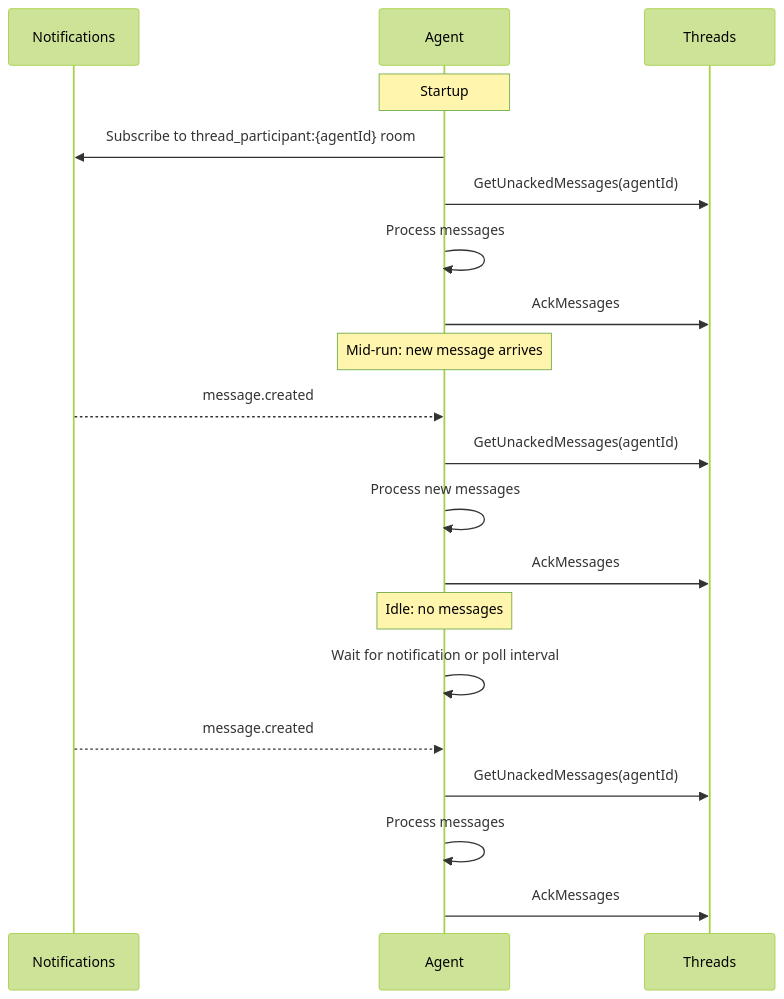
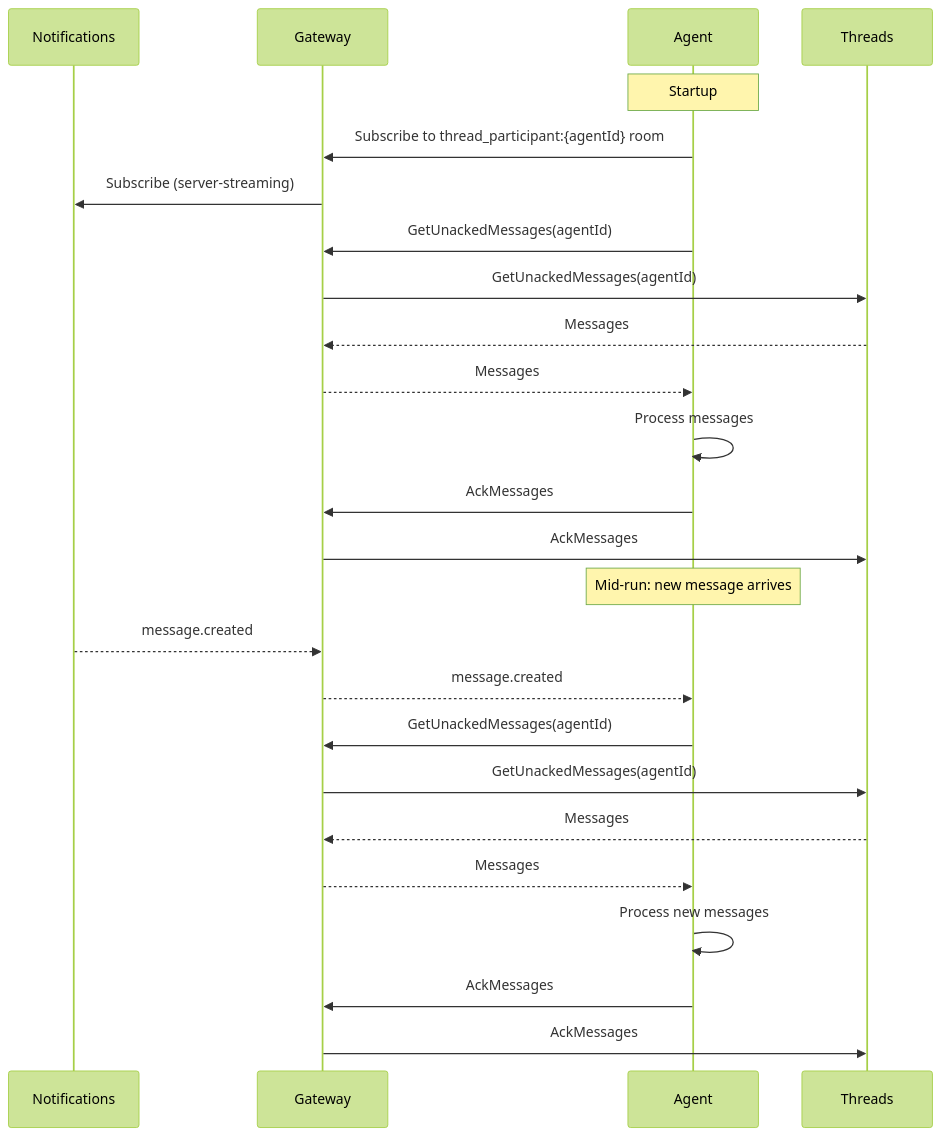
Before and after one commit to agynio/architecture: the second of 4 diagrams in architecture/agent/overview.md, drawn with Mermaid (forest theme). The commit also changed other lines of this file and 5 other files, not shown here.

````diff
--- a/architecture/agent/overview.md
+++ b/architecture/agent/overview.md
@@ -54,25 +54,29 @@
 ```mermaid
 sequenceDiagram
     participant N as Notifications
+    participant GW as Gateway
     participant A as Agent
     participant T as Threads
 
     Note over A: Startup
-    A->>N: Subscribe to thread_participant:{agentId} room
-    A->>T: GetUnackedMessages(agentId)
+    A->>GW: Subscribe to thread_participant:{agentId} room
+    GW->>N: Subscribe (server-streaming)
+    A->>GW: GetUnackedMessages(agentId)
+    GW->>T: GetUnackedMessages(agentId)
+    T-->>GW: Messages
+    GW-->>A: Messages
     A->>A: Process messages
-    A->>T: AckMessages
+    A->>GW: AckMessages
+    GW->>T: AckMessages
 
     Note over A: Mid-run: new message arrives
-    N-->>A: message.created
-    A->>T: GetUnackedMessages(agentId)
+    N-->>GW: message.created
+    GW-->>A: message.created
+    A->>GW: GetUnackedMessages(agentId)
+    GW->>T: GetUnackedMessages(agentId)
+    T-->>GW: Messages
+    GW-->>A: Messages
     A->>A: Process new messages
-    A->>T: AckMessages
-
-    Note over A: Idle: no messages
-    A->>A: Wait for notification or poll interval
-    N-->>A: message.created
-    A->>T: GetUnackedMessages(agentId)
-    A->>A: Process messages
-    A->>T: AckMessages
+    A->>GW: AckMessages
+    GW->>T: AckMessages
 ```
````
